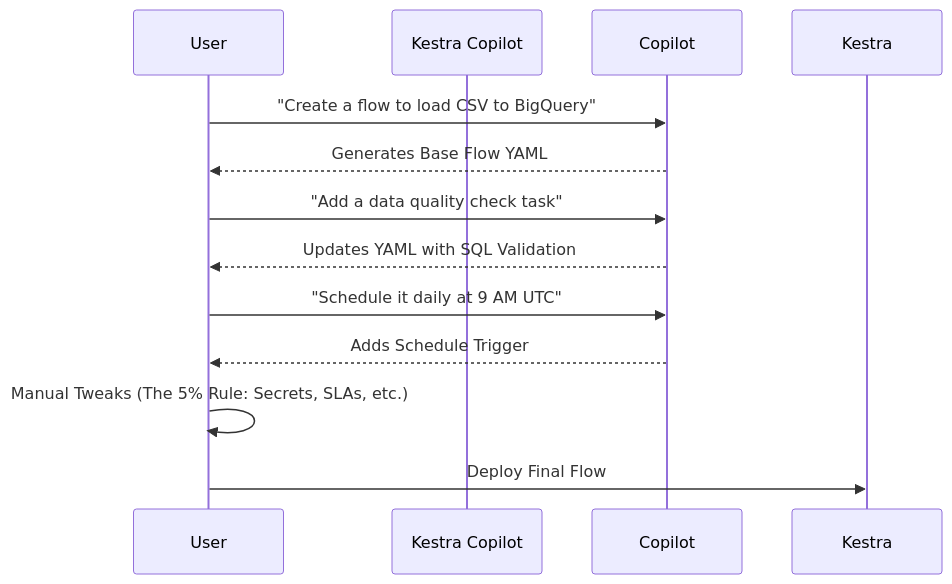
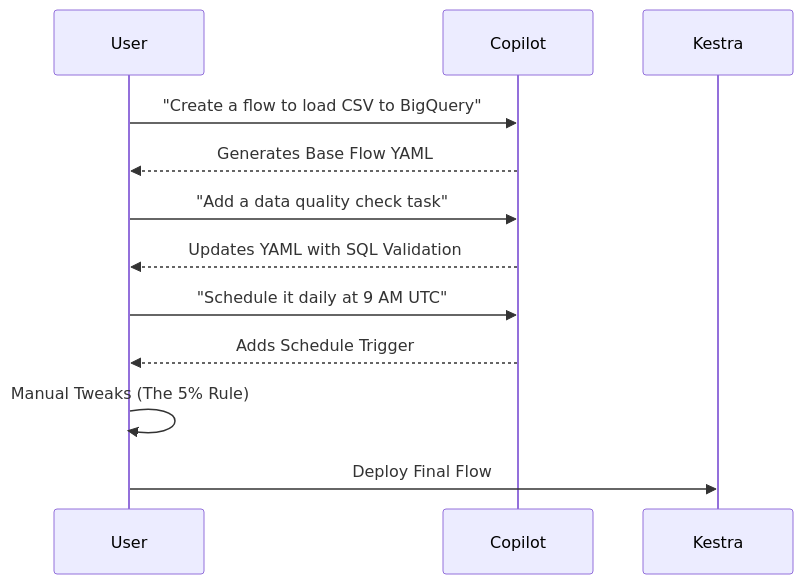
Before and after one commit to beingAnujChaudhary/LLM-Zoomcamp: diagram 16 of 32 in 03-orchestration/readme.md, drawn with Mermaid. The commit also changed other lines of this file, not shown here.

````diff
--- a/03-orchestration/readme.md
+++ b/03-orchestration/readme.md
@@ -121,14 +346,14 @@
 ```mermaid
 sequenceDiagram
     participant User
-    participant Kestra Copilot
+    participant Copilot
     
     User->>Copilot: "Create a flow to load CSV to BigQuery"
     Copilot-->>User: Generates Base Flow YAML
     User->>Copilot: "Add a data quality check task"
     Copilot-->>User: Updates YAML with SQL Validation
     User->>Copilot: "Schedule it daily at 9 AM UTC"
     Copilot-->>User: Adds Schedule Trigger
-    User->>User: Manual Tweaks (The 5% Rule: Secrets, SLAs, etc.)
+    User->>User: Manual Tweaks (The 5% Rule)
     User->>Kestra: Deploy Final Flow
 ```
````
